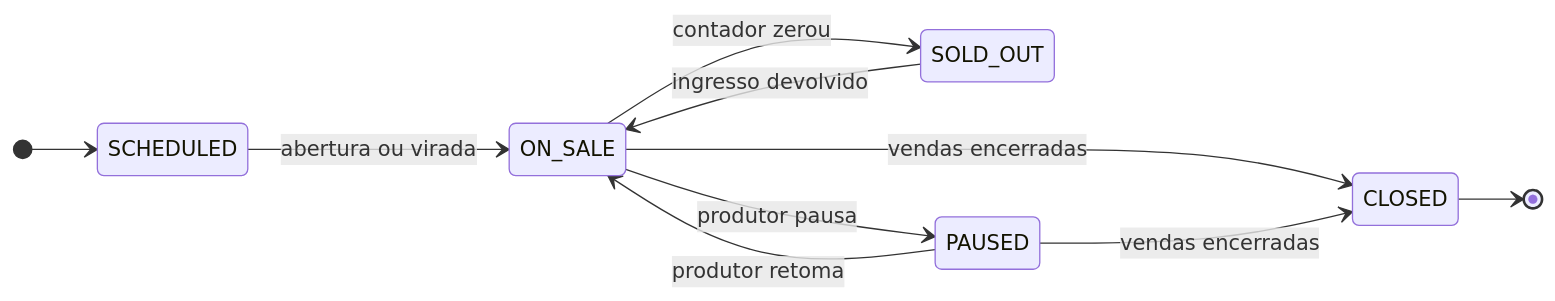
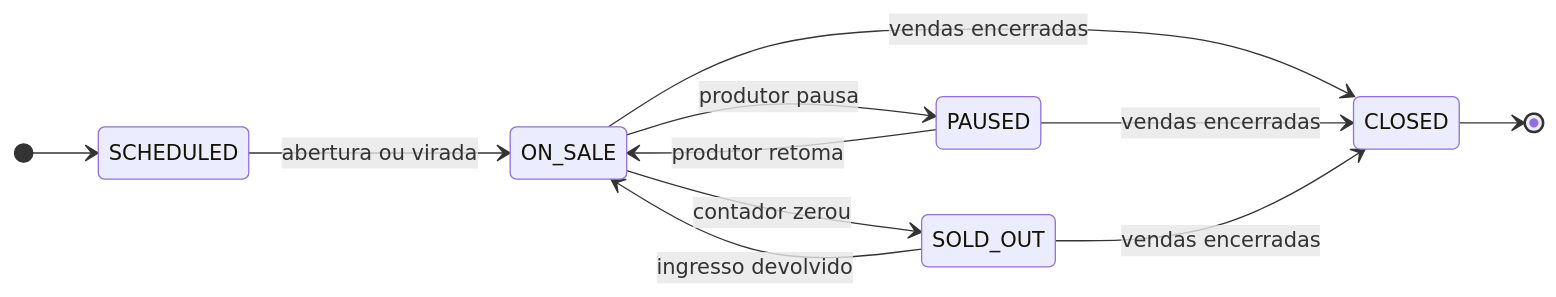
Before and after one commit to CezarGarcia/Lotou: the second of 7 diagrams in docs/projeto.md, drawn with Mermaid. The commit also changed other lines of this file and 14 other files, not shown here.

````diff
--- a/docs/projeto.md
+++ b/docs/projeto.md
@@ -173,13 +174,14 @@
 ```mermaid
 stateDiagram-v2
     direction LR
     [*] --> SCHEDULED
     SCHEDULED --> ON_SALE: abertura ou virada
     ON_SALE --> SOLD_OUT: contador zerou
     ON_SALE --> PAUSED: produtor pausa
     PAUSED --> ON_SALE: produtor retoma
     ON_SALE --> CLOSED: vendas encerradas
     PAUSED --> CLOSED: vendas encerradas
+    SOLD_OUT --> CLOSED: vendas encerradas
     SOLD_OUT --> ON_SALE: ingresso devolvido
     CLOSED --> [*]
 ```
````
